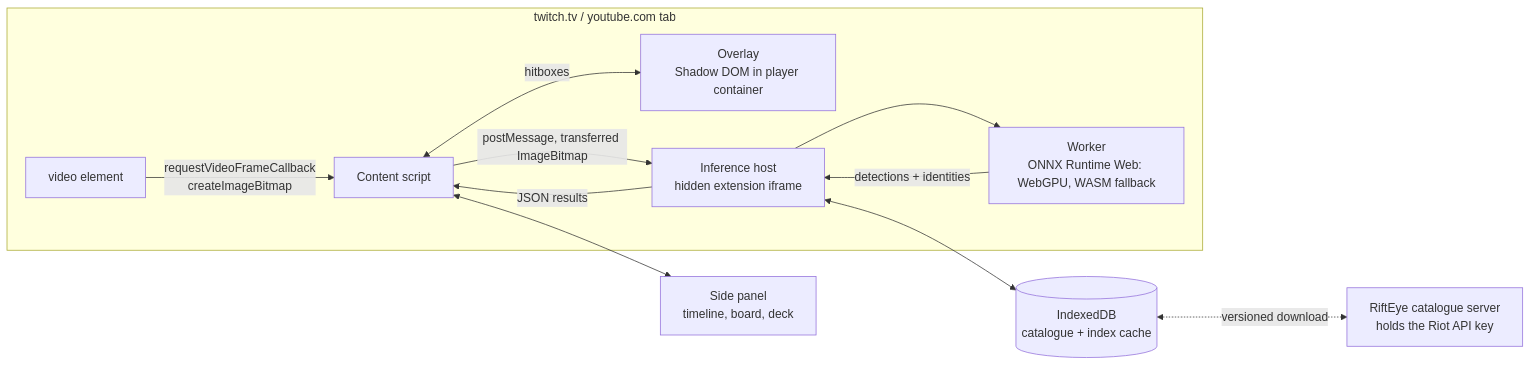
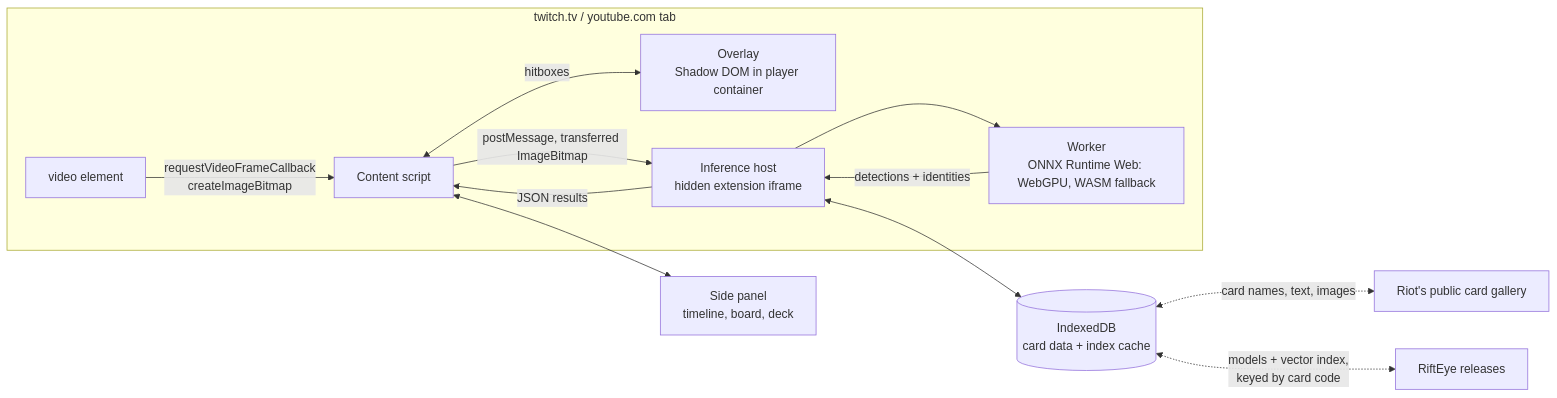
Before and after one commit to effe-exe/Wardeye: the second of 2 diagrams in docs/ARCHITECTURE.md, drawn with Mermaid. The commit also changed other lines of this file and 8 other files, not shown here.

First line of the commit message:
docs: no Riot API; distribute no Riot assets (D-015)

````diff
--- a/docs/ARCHITECTURE.md
+++ b/docs/ARCHITECTURE.md
@@ -147,14 +147,15 @@
 ```mermaid
 flowchart LR
   subgraph Tab[twitch.tv / youtube.com tab]
     V[video element] -->|requestVideoFrameCallback<br/>createImageBitmap| CS[Content script]
     CS <-->|hitboxes| OV[Overlay<br/>Shadow DOM in player container]
     CS -->|postMessage, transferred ImageBitmap| IH[Inference host<br/>hidden extension iframe]
     IH --> W[Worker<br/>ONNX Runtime Web: WebGPU, WASM fallback]
     W -->|detections + identities| IH
     IH -->|JSON results| CS
   end
   CS <--> SP[Side panel<br/>timeline, board, deck]
-  IH <--> IDB[(IndexedDB<br/>catalogue + index cache)]
-  IDB <-.->|versioned download| CAT[RiftEye catalogue server<br/>holds the Riot API key]
+  IH <--> IDB[(IndexedDB<br/>card data + index cache)]
+  IDB <-.->|card names, text, images| GAL[Riot's public card gallery]
+  IDB <-.->|models + vector index,<br/>keyed by card code| REL[RiftEye releases]
 ```
````
